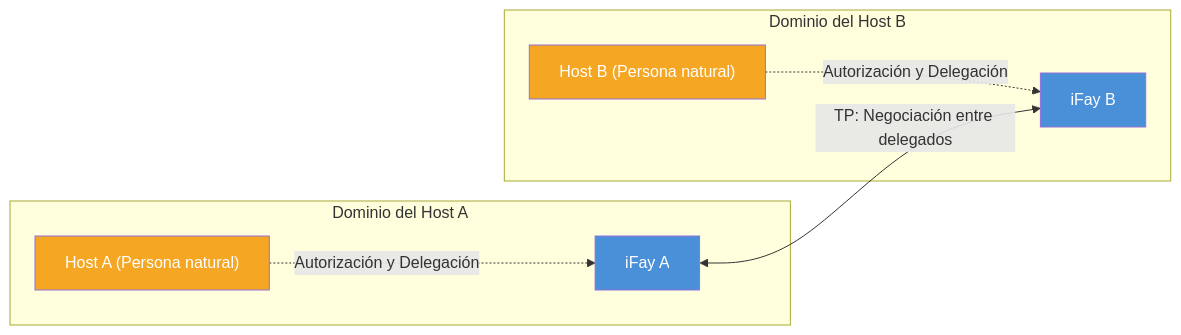
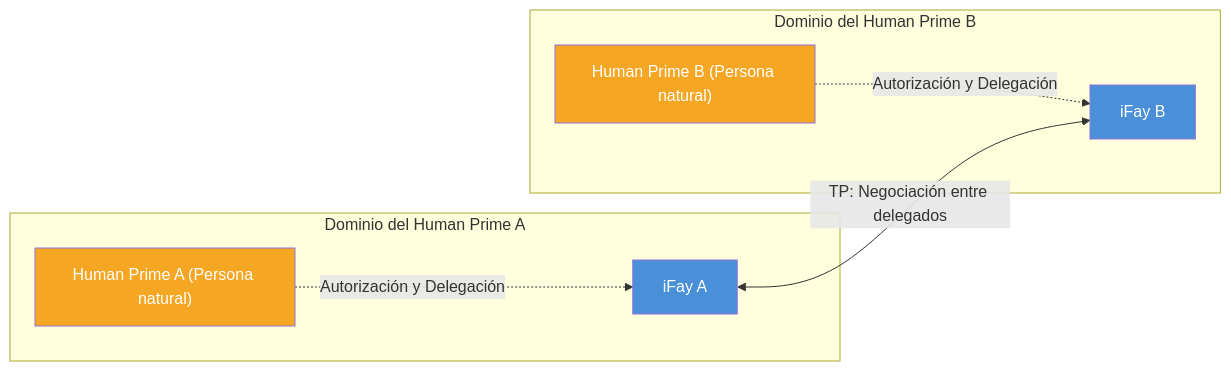
Before and after one commit to ChainModePilot/Telepathy-Protocol: the second of 2 diagrams in docs/es/blueprint/1-por-que-se-necesita-tp.md, drawn with Mermaid. The commit also changed other lines of this file and 68 other files, not shown here.

First line of the commit message:
Use 'Human Prime' instead of 'Host' in blueprints

````diff
--- a/docs/es/blueprint/1-por-que-se-necesita-tp.md
+++ b/docs/es/blueprint/1-por-que-se-necesita-tp.md
@@ -76,21 +76,21 @@
 ```mermaid
 graph LR
-    subgraph "Dominio del Host A"
-        HA["Host A (Persona natural)"]
+    subgraph "Dominio del Human Prime A"
+        HA["Human Prime A (Persona natural)"]
         FA["iFay A"]
         HA -.->|"Autorización y Delegación"| FA
     end
 
-    subgraph "Dominio del Host B"
-        HB["Host B (Persona natural)"]
+    subgraph "Dominio del Human Prime B"
+        HB["Human Prime B (Persona natural)"]
         FB["iFay B"]
         HB -.->|"Autorización y Delegación"| FB
     end
 
     FA <-->|"TP: Negociación entre delegados"| FB
 
     style FA fill:#4A90D9,color:#fff
     style FB fill:#4A90D9,color:#fff
     style HA fill:#F5A623,color:#fff
     style HB fill:#F5A623,color:#fff
 ```
````
